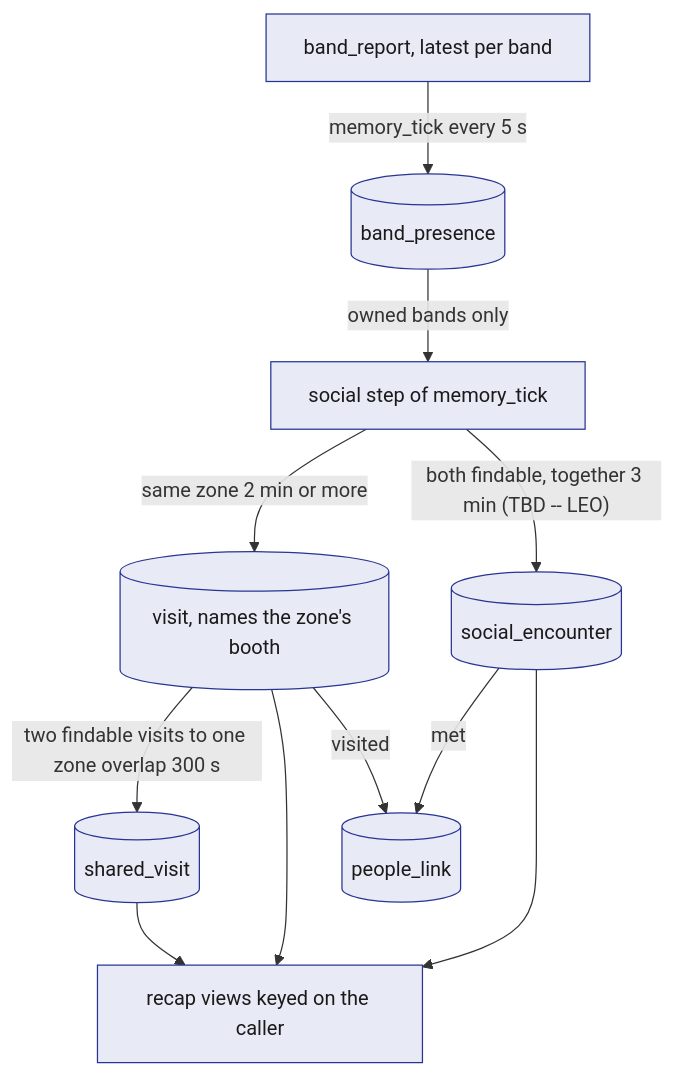
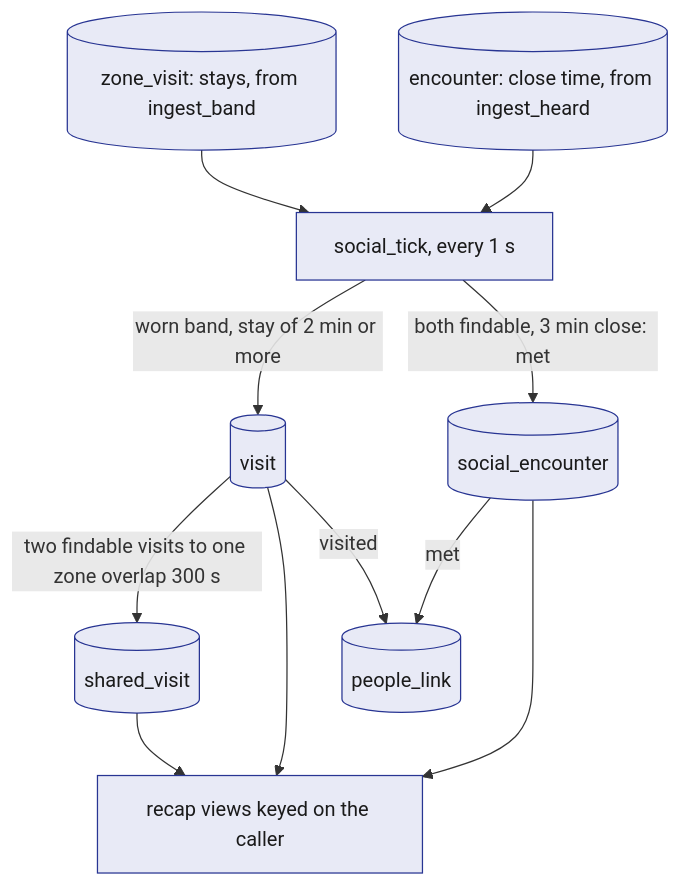
Before and after one commit to viktorinkov/cal-hacks-13: the first of 3 diagrams in System Design/6-features/Social.md, drawn with Mermaid. The commit also changed other lines of this file and 26 other files, not shown here.

````diff
--- a/System Design/6-features/Social.md
+++ b/System Design/6-features/Social.md
@@ -55,15 +72,15 @@
 ```mermaid
 flowchart TD
-    BR["band_report, latest per band"] -->|"memory_tick every 5 s"| PS[("band_presence")]
-    PS -->|"owned bands only"| ST["social step of memory_tick"]
-    ST -->|"same zone 2 min or more"| V[("visit, names the zone's booth")]
-    ST -->|"both findable, together 3 min (TBD -- LEO)"| E[("social_encounter")]
+    ZV[("zone_visit: stays, from ingest_band")] --> ST["social_tick, every 1 s"]
+    EN[("encounter: close time, from ingest_heard")] --> ST
+    ST -->|"worn band, stay of 2 min or more"| V[("visit")]
+    ST -->|"both findable, 3 min close: met"| E[("social_encounter")]
     V -->|"two findable visits to one zone overlap 300 s"| SV[("shared_visit")]
     V --> SUM["recap views keyed on the caller"]
     SV --> SUM
     V -->|"visited"| PL[("people_link")]
     E -->|"met"| PL
     E --> SUM
     classDef stdb fill:#E8EAF6,stroke:#283593,color:#1A1A1A
-    class BR,PS,ST,V,E,SV,PL,SUM stdb
+    class ZV,EN,ST,V,E,SV,PL,SUM stdb
 ```
````
